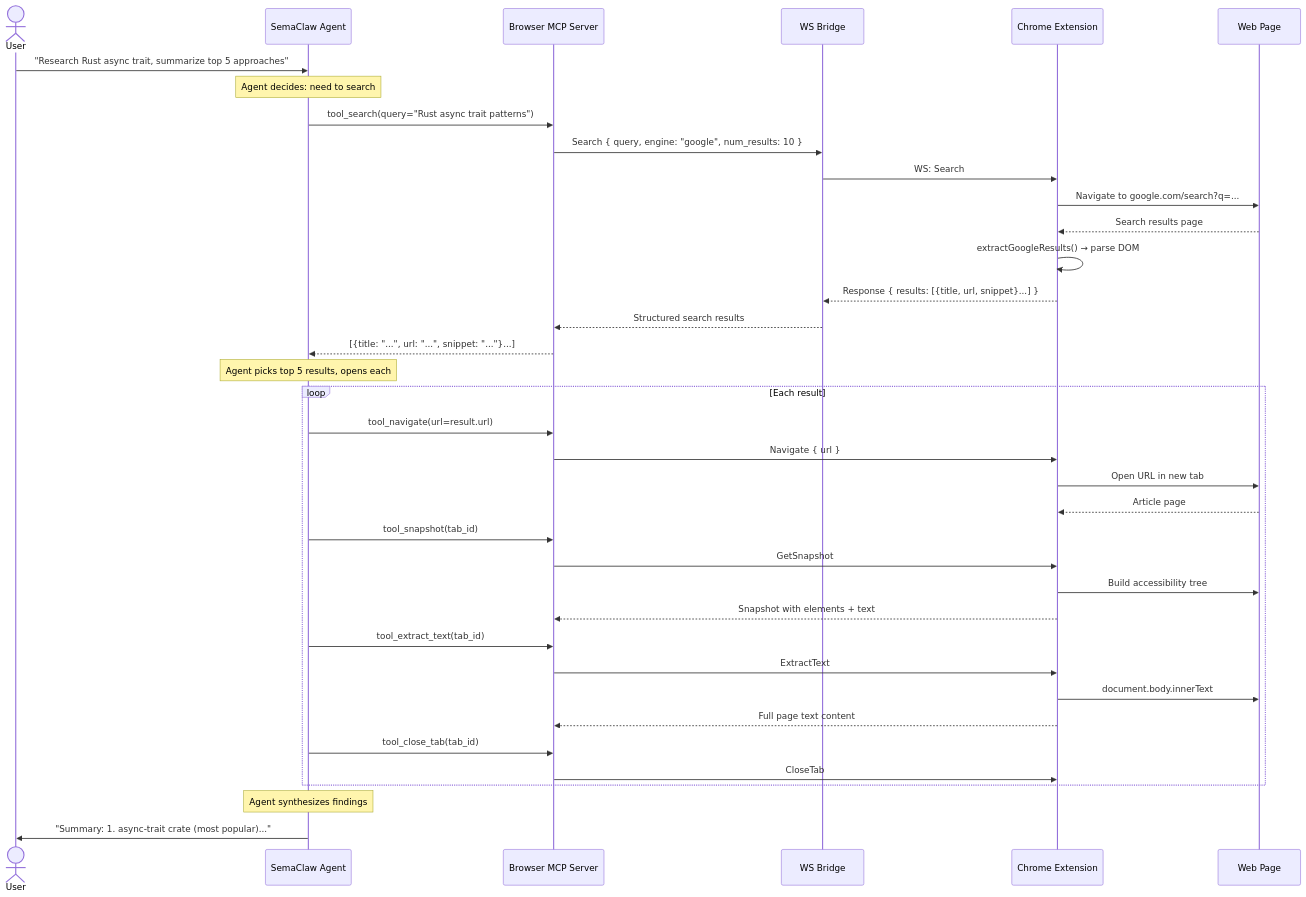
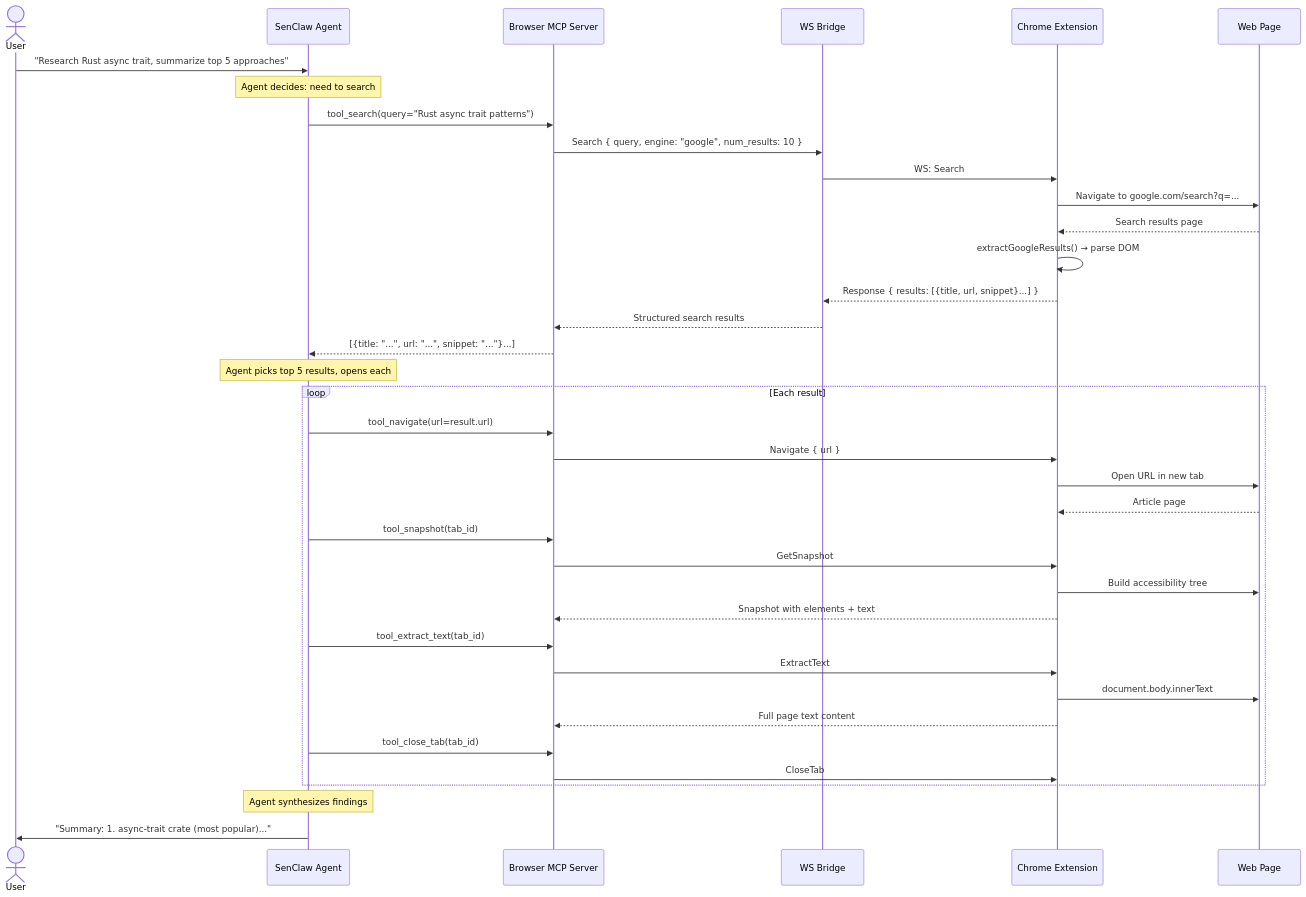
The first of 3 diagrams in docs/senclaw-extension-design.md (NortonBen/SenClaw), drawn with Mermaid before and after one commit. The commit also changed other lines of this file and 236 other files, not shown here.

````diff
--- a/docs/senclaw-extension-design.md
+++ b/docs/senclaw-extension-design.md
@@ -1042,46 +1042,46 @@
 ```mermaid
 sequenceDiagram
     actor User
-    participant Agent as SemaClaw Agent
+    participant Agent as SenClaw Agent
     participant MCP as Browser MCP Server
     participant Bridge as WS Bridge
     participant Ext as Chrome Extension
     participant Page as Web Page
 
     User->>Agent: "Research Rust async trait, summarize top 5 approaches"
     
     Note over Agent: Agent decides: need to search
     Agent->>MCP: tool_search(query="Rust async trait patterns")
     MCP->>Bridge: Search { query, engine: "google", num_results: 10 }
     Bridge->>Ext: WS: Search
     Ext->>Page: Navigate to google.com/search?q=...
     Page-->>Ext: Search results page
     Ext->>Ext: extractGoogleResults() → parse DOM
     Ext-->>Bridge: Response { results: [{title, url, snippet}...] }
     Bridge-->>MCP: Structured search results
     MCP-->>Agent: [{title: "...", url: "...", snippet: "..."}...]
     
     Note over Agent: Agent picks top 5 results, opens each
     loop Each result
         Agent->>MCP: tool_navigate(url=result.url)
         MCP->>Ext: Navigate { url }
         Ext->>Page: Open URL in new tab
         Page-->>Ext: Article page
         
         Agent->>MCP: tool_snapshot(tab_id)
         MCP->>Ext: GetSnapshot
         Ext->>Page: Build accessibility tree
         Ext-->>MCP: Snapshot with elements + text
         
         Agent->>MCP: tool_extract_text(tab_id)
         MCP->>Ext: ExtractText
         Ext->>Page: document.body.innerText
         Ext-->>MCP: Full page text content
 
         Agent->>MCP: tool_close_tab(tab_id)
         MCP->>Ext: CloseTab
     end
     
     Note over Agent: Agent synthesizes findings
     Agent->>User: "Summary: 1. async-trait crate (most popular)..."
 ```
````
